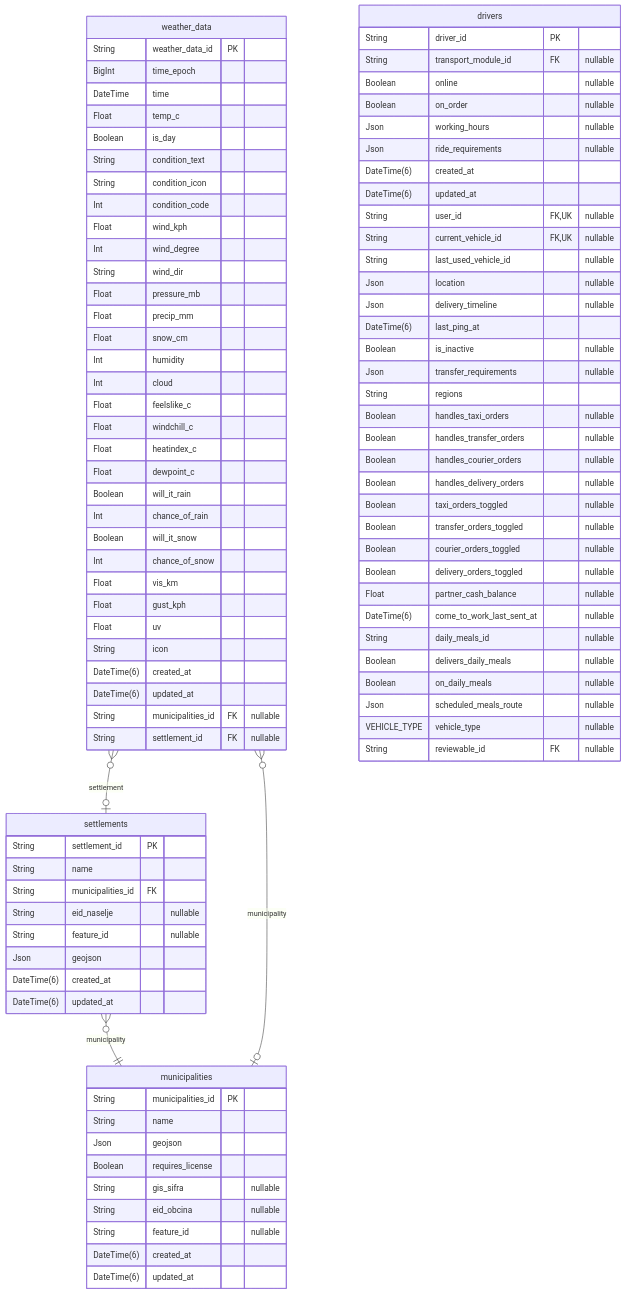
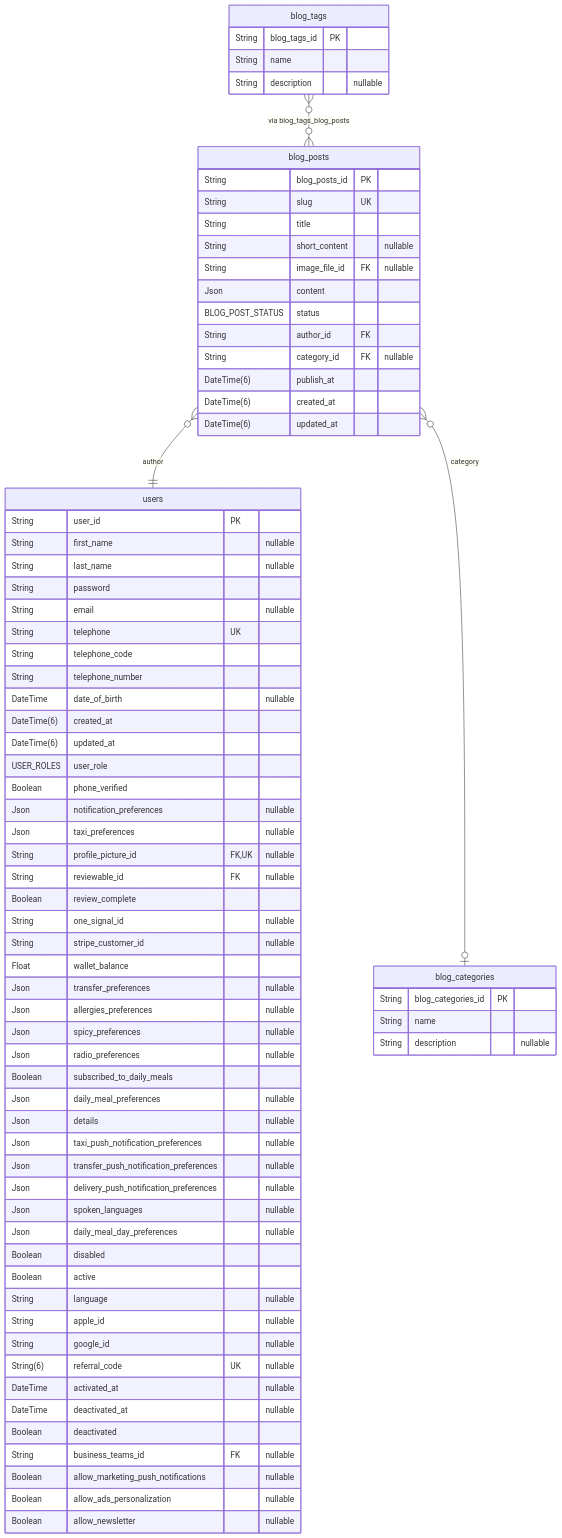
Before and after one commit to pbozic/be-analyisis: diagram 17 of 39 in prisma/schemas/ERD.md, drawn with Mermaid. The commit also changed other lines of this file and 6 other files, not shown here.

Commit message:
feature: erd bloat update + relation names change + removed newline in post-processing function

````diff
--- a/prisma/schemas/ERD.md
+++ b/prisma/schemas/ERD.md
@@ -3754,96 +2764,78 @@
 ```mermaid
 erDiagram
-"settlements" {
-  String settlement_id PK
+"blog_tags" {
+  String blog_tags_id PK
   String name
-  String municipalities_id FK
-  String eid_naselje "nullable"
-  String feature_id "nullable"
-  Json geojson
+  String description "nullable"
+}
+"blog_categories" {
+  String blog_categories_id PK
+  String name
+  String description "nullable"
+}
+"blog_posts" {
+  String blog_posts_id PK
+  String slug UK
+  String title
+  String short_content "nullable"
+  String image_file_id FK "nullable"
+  Json content
+  BLOG_POST_STATUS status
+  String author_id FK
+  String category_id FK "nullable"
+  DateTime(6) publish_at
   DateTime(6) created_at
   DateTime(6) updated_at
 }
-"weather_data" {
-  String weather_data_id PK
-  BigInt time_epoch
-  DateTime time
-  Float temp_c
-  Boolean is_day
-  String condition_text
-  String condition_icon
-  Int condition_code
-  Float wind_kph
-  Int wind_degree
-  String wind_dir
-  Float pressure_mb
-  Float precip_mm
-  Float snow_cm
-  Int humidity
-  Int cloud
-  Float feelslike_c
-  Float windchill_c
-  Float heatindex_c
-  Float dewpoint_c
-  Boolean will_it_rain
-  Int chance_of_rain
-  Boolean will_it_snow
-  Int chance_of_snow
-  Float vis_km
-  Float gust_kph
-  Float uv
-  String icon
+"users" {
+  String user_id PK
+  String first_name "nullable"
+  String last_name "nullable"
+  String password
+  String email "nullable"
+  String telephone UK
+  String telephone_code
+  String telephone_number
+  DateTime date_of_birth "nullable"
   DateTime(6) created_at
   DateTime(6) updated_at
-  String municipalities_id FK "nullable"
-  String settlement_id FK "nullable"
+  USER_ROLES user_role
+  Boolean phone_verified
+  Json notification_preferences "nullable"
+  Json taxi_preferences "nullable"
+  String profile_picture_id FK,UK "nullable"
+  String reviewable_id FK "nullable"
+  Boolean review_complete
+  String one_signal_id "nullable"
+  String stripe_customer_id "nullable"
+  Float wallet_balance
+  Json transfer_preferences "nullable"
+  Json allergies_preferences "nullable"
+  Json spicy_preferences "nullable"
+  Json radio_preferences "nullable"
+  Boolean subscribed_to_daily_meals
+  Json daily_meal_preferences "nullable"
+  Json details "nullable"
+  Json taxi_push_notification_preferences "nullable"
+  Json transfer_push_notification_preferences "nullable"
+  Json delivery_push_notification_preferences "nullable"
+  Json spoken_languages "nullable"
+  Json daily_meal_day_preferences "nullable"
+  Boolean disabled
+  Boolean active
+  String language "nullable"
+  String apple_id "nullable"
+  String google_id "nullable"
+  String(6) referral_code UK "nullable"
+  DateTime activated_at "nullable"
+  DateTime deactivated_at "nullable"
+  Boolean deactivated
+  String business_teams_id FK "nullable"
+  Boolean allow_marketing_push_notifications "nullable"
+  Boolean allow_ads_personalization "nullable"
+  Boolean allow_newsletter "nullable"
 }
-"municipalities" {
-  String municipalities_id PK
-  String name
-  Json geojson
-  Boolean requires_license
-  String gis_sifra "nullable"
-  String eid_obcina "nullable"
-  String feature_id "nullable"
-  DateTime(6) created_at
-  DateTime(6) updated_at
-}
-"drivers" {
-  String driver_id PK
-  String transport_module_id FK "nullable"
-  Boolean online "nullable"
-  Boolean on_order "nullable"
-  Json working_hours "nullable"
-  Json ride_requirements "nullable"
-  DateTime(6) created_at
-  DateTime(6) updated_at
-  String user_id FK,UK "nullable"
-  String current_vehicle_id FK,UK "nullable"
-  String last_used_vehicle_id "nullable"
-  Json location "nullable"
-  Json delivery_timeline "nullable"
-  DateTime(6) last_ping_at
-  Boolean is_inactive "nullable"
-  Json transfer_requirements "nullable"
-  String regions
-  Boolean handles_taxi_orders "nullable"
-  Boolean handles_transfer_orders "nullable"
-  Boolean handles_courier_orders "nullable"
-  Boolean handles_delivery_orders "nullable"
-  Boolean taxi_orders_toggled "nullable"
-  Boolean transfer_orders_toggled "nullable"
-  Boolean courier_orders_toggled "nullable"
-  Boolean delivery_orders_toggled "nullable"
-  Float partner_cash_balance "nullable"
-  DateTime(6) come_to_work_last_sent_at "nullable"
-  String daily_meals_id "nullable"
-  Boolean delivers_daily_meals "nullable"
-  Boolean on_daily_meals "nullable"
-  Json scheduled_meals_route "nullable"
-  VEHICLE_TYPE vehicle_type "nullable"
-  String reviewable_id FK "nullable"
-}
-"settlements" }o--|| "municipalities" : municipality
-"weather_data" }o--o| "municipalities" : municipality
-"weather_data" }o--o| "settlements" : settlement
+"blog_posts" }o--|| "users" : author
+"blog_posts" }o--o| "blog_categories" : category
+"blog_tags" }o--o{ "blog_posts" : "via blog_tags_blog_posts"
 ```
````
